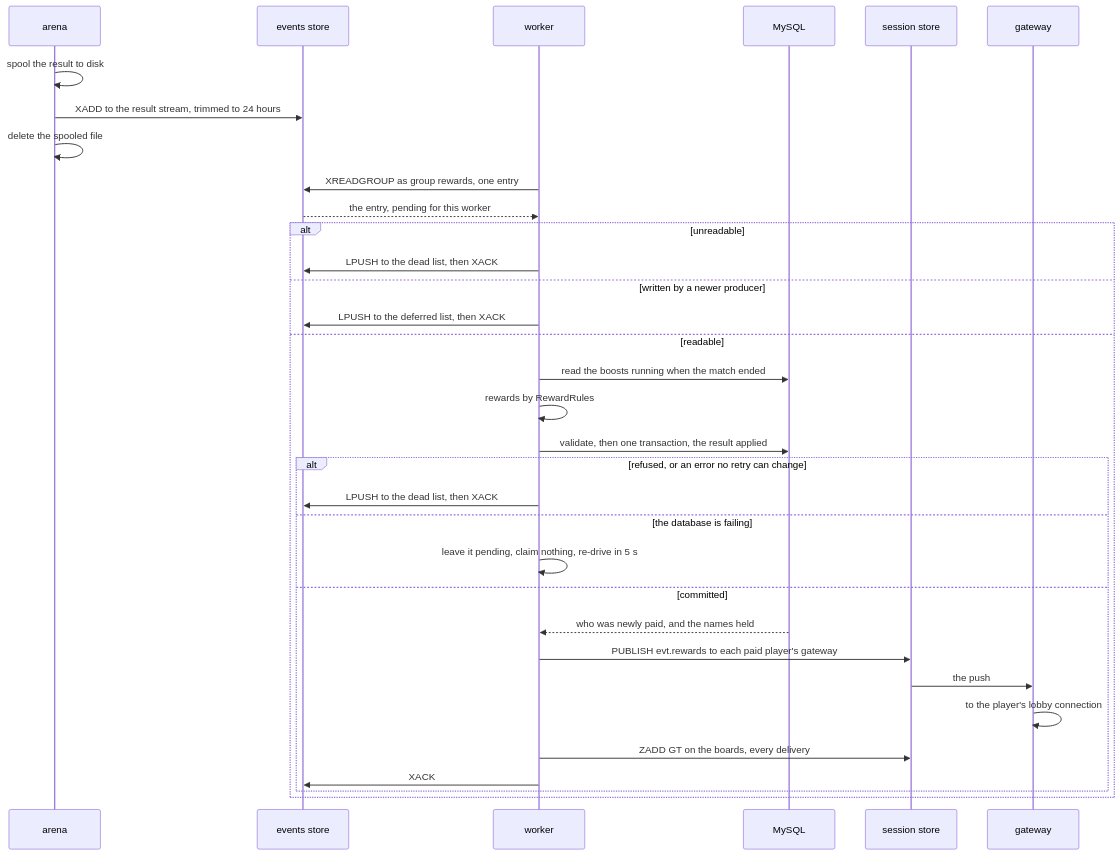
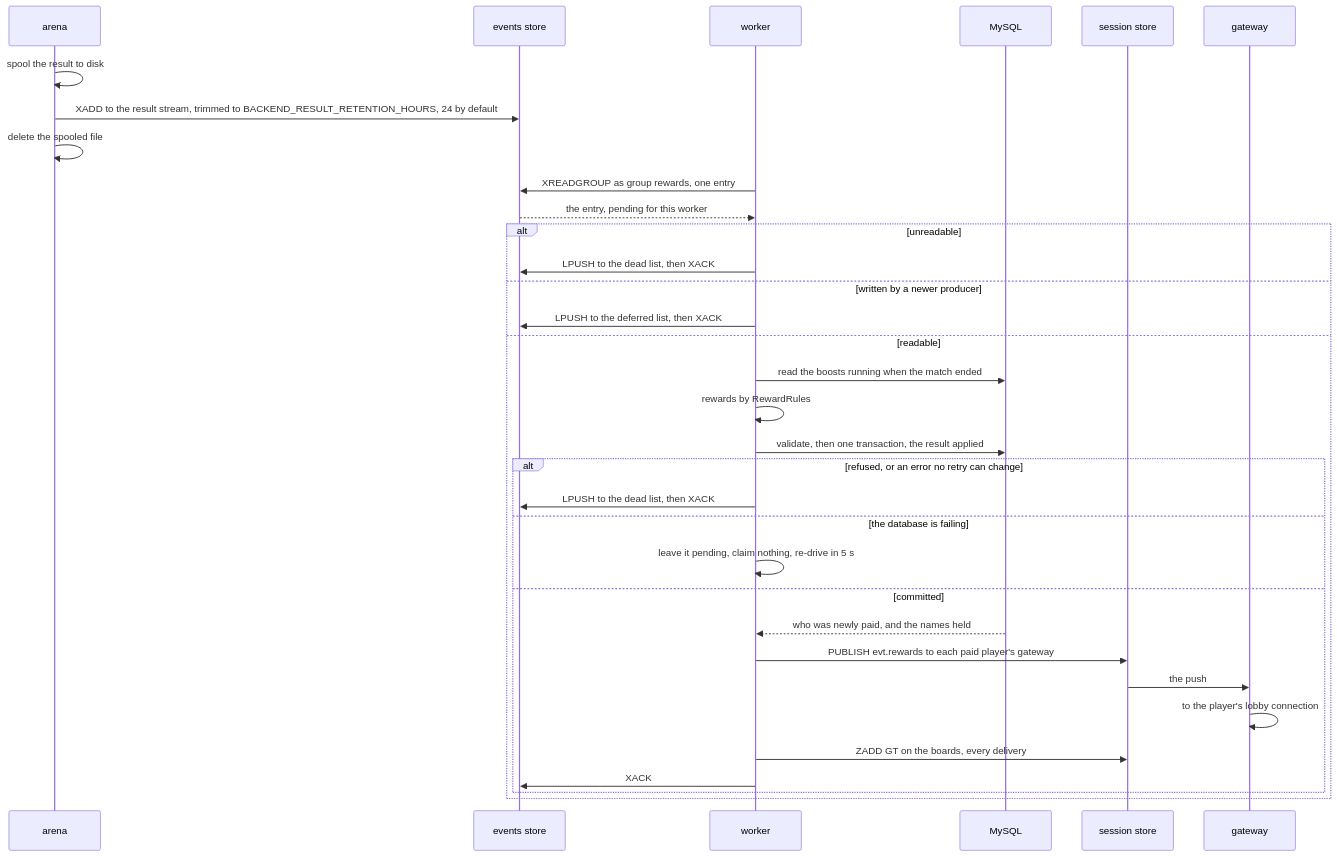
The fifth of 10 diagrams in docs/diagrams/05-data-and-worker.md (greensoft-atom/depio-simulation-platform), drawn with Mermaid before and after one commit. The commit also changed 64 other files, not shown here.

````diff
--- a/docs/diagrams/05-data-and-worker.md
+++ b/docs/diagrams/05-data-and-worker.md
@@ -412,35 +412,35 @@
 ```mermaid
 sequenceDiagram
     participant A as arena
     participant E as events store
     participant W as worker
     participant D as MySQL
     participant S as session store
     participant G as gateway
     A->>A: spool the result to disk
-    A->>E: XADD to the result stream, trimmed to 24 hours
+    A->>E: XADD to the result stream, trimmed to BACKEND_RESULT_RETENTION_HOURS, 24 by default
     A->>A: delete the spooled file
     W->>E: XREADGROUP as group rewards, one entry
     E-->>W: the entry, pending for this worker
     alt unreadable
         W->>E: LPUSH to the dead list, then XACK
     else written by a newer producer
         W->>E: LPUSH to the deferred list, then XACK
     else readable
         W->>D: read the boosts running when the match ended
         W->>W: rewards by RewardRules
         W->>D: validate, then one transaction, the result applied
         alt refused, or an error no retry can change
             W->>E: LPUSH to the dead list, then XACK
         else the database is failing
             W->>W: leave it pending, claim nothing, re-drive in 5 s
         else committed
             D-->>W: who was newly paid, and the names held
             W->>S: PUBLISH evt.rewards to each paid player's gateway
             S->>G: the push
             G->>G: to the player's lobby connection
             W->>S: ZADD GT on the boards, every delivery
             W->>E: XACK
         end
     end
 ```
````
